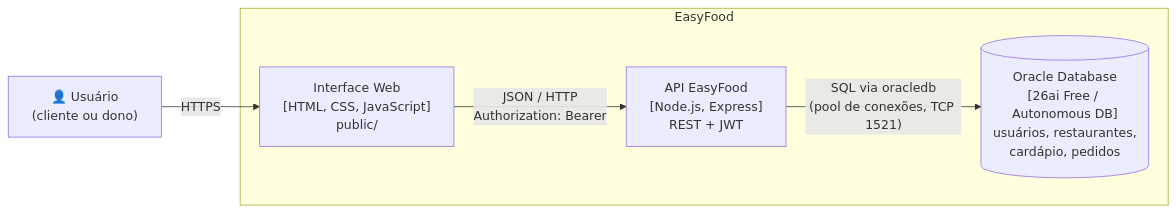
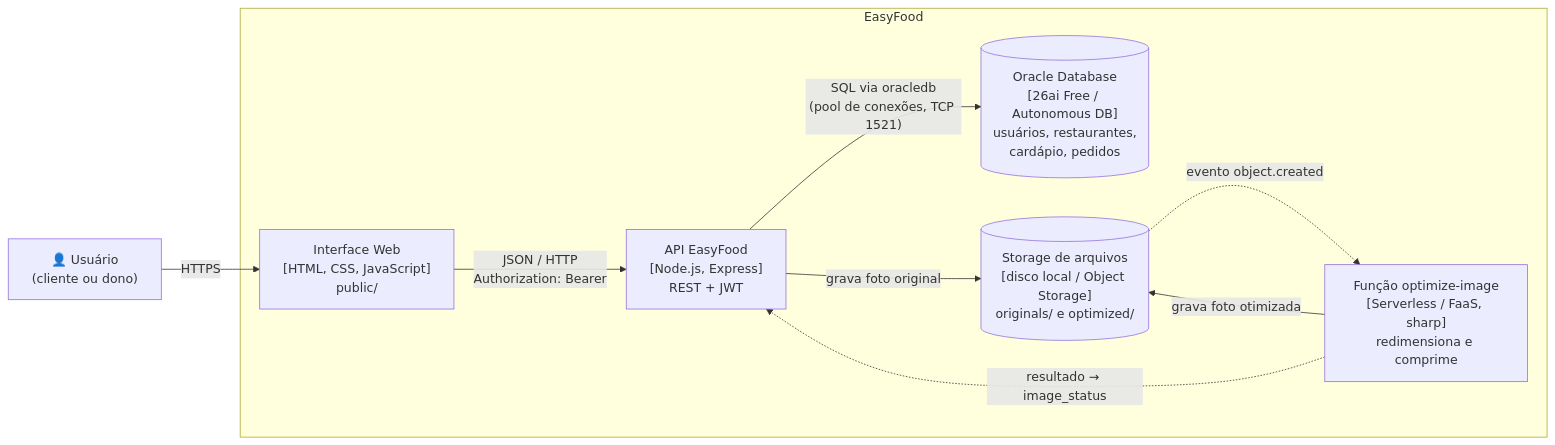
One commit to ViancoDeviolo/easyfood changed the second of 7 diagrams in docs/arquitetura.md. Above: the diagram before and after it, drawn with Mermaid. The commit also changed other lines of this file and 119 other files, not shown here.

Commit message:
Aula 8: foto do restaurante com função serverless

````diff
--- a/docs/arquitetura.md
+++ b/docs/arquitetura.md
@@ -24,14 +24,20 @@
 ```mermaid
 flowchart LR
     user["👤 Usuário<br/>(cliente ou dono)"]
 
     subgraph EasyFood
         web["Interface Web<br/>[HTML, CSS, JavaScript]<br/>public/"]
         api["API EasyFood<br/>[Node.js, Express]<br/>REST + JWT"]
         db[("Oracle Database<br/>[26ai Free / Autonomous DB]<br/>usuários, restaurantes,<br/>cardápio, pedidos")]
+        storage[("Storage de arquivos<br/>[disco local / Object Storage]<br/>originals/ e optimized/")]
+        fn["Função optimize-image<br/>[Serverless / FaaS, sharp]<br/>redimensiona e comprime"]
     end
 
     user -- "HTTPS" --> web
     web -- "JSON / HTTP<br/>Authorization: Bearer" --> api
     api -- "SQL via oracledb<br/>(pool de conexões, TCP 1521)" --> db
+    api -- "grava foto original" --> storage
+    storage -. "evento object.created" .-> fn
+    fn -- "grava foto otimizada" --> storage
+    fn -. "resultado → image_status" .-> api
 ```
````
